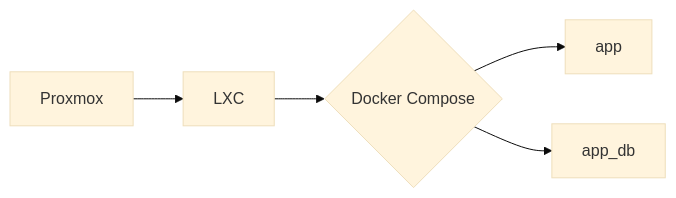
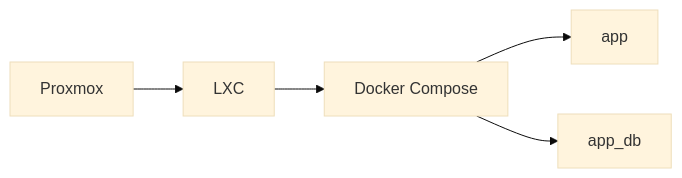
The diagram in _posts/2022-06-11-100-days-of-homelab.md (jamolnng/lder.dev), drawn with Mermaid (base theme) before and after one commit.

Commit message:
post(100 days of homelab): change to smaller box for docker compose in flow chart

````diff
--- a/_posts/2022-06-11-100-days-of-homelab.md
+++ b/_posts/2022-06-11-100-days-of-homelab.md
@@ -49,7 +49,7 @@
   ```mermaid
   flowchart LR
     A[Proxmox] --> B[LXC]
-    B --> C{Docker Compose}
+    B --> C[Docker Compose]
     C --> D[app]
     C --> E[app_db]
   ```
````
